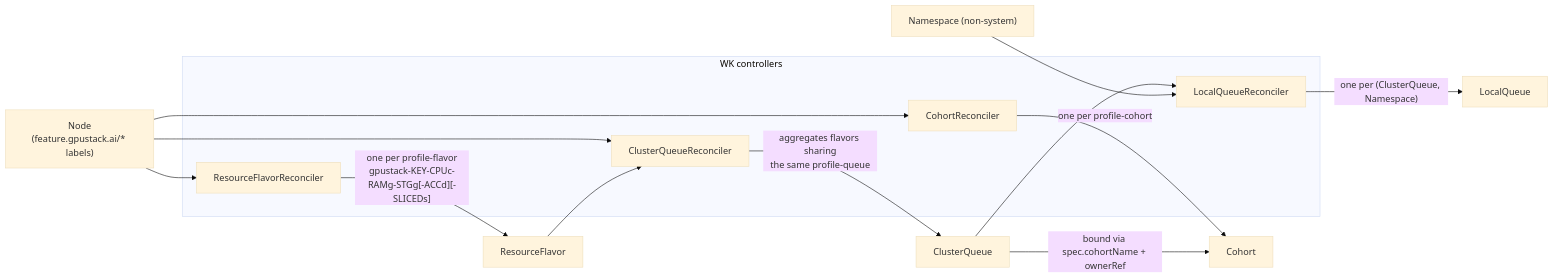
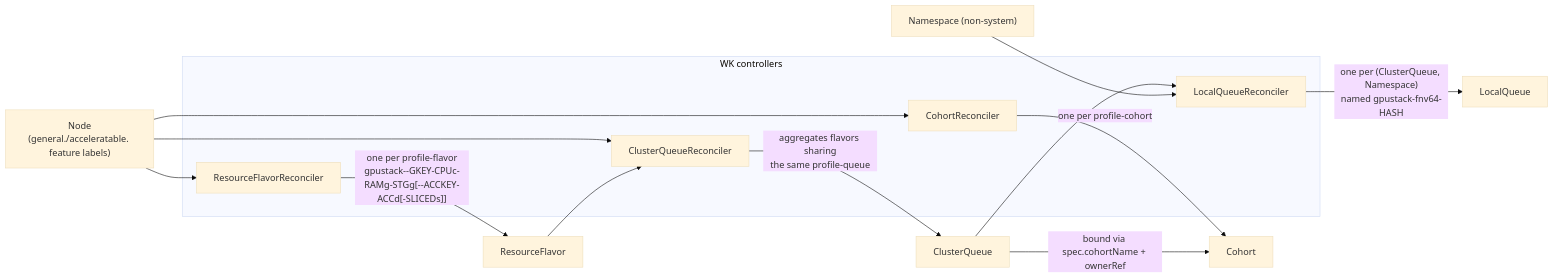
Before and after one commit to gpustack/gpustack-operator: the second of 2 diagrams in docs/architecture.md, drawn with Mermaid (base theme). The commit also changed other lines of this file and 13 other files, not shown here.

````diff
--- a/docs/architecture.md
+++ b/docs/architecture.md
@@ -119,24 +138,24 @@
 ```mermaid
 flowchart LR
-    NODE["Node<br/>(feature.gpustack.ai/* labels)"]
+    NODE["Node<br/>(general./acceleratable. feature labels)"]
 
     subgraph controllers["WK controllers"]
         RFR["ResourceFlavorReconciler"]
         COR["CohortReconciler"]
         CQR["ClusterQueueReconciler"]
         LQR["LocalQueueReconciler"]
     end
 
     NODE --> RFR
     NODE --> COR
     NODE --> CQR
 
-    RFR -- "one per profile-flavor<br/>gpustack-KEY-CPUc-RAMg-STGg[-ACCd][-SLICEDs]" --> RF["ResourceFlavor"]
+    RFR -- "one per profile-flavor<br/>gpustack--GKEY-CPUc-RAMg-STGg[--ACCKEY-ACCd[-SLICEDs]]" --> RF["ResourceFlavor"]
     COR -- "one per profile-cohort" --> CO["Cohort"]
     RF --> CQR
     CQR -- "aggregates flavors sharing<br/>the same profile-queue" --> CQ["ClusterQueue"]
     CQ -- "bound via spec.cohortName + ownerRef" --> CO
     CQ --> LQR
     NS["Namespace (non-system)"] --> LQR
-    LQR -- "one per (ClusterQueue, Namespace)" --> LQ["LocalQueue"]
+    LQR -- "one per (ClusterQueue, Namespace)<br/>named gpustack-fnv64-HASH" --> LQ["LocalQueue"]
 ```
````
